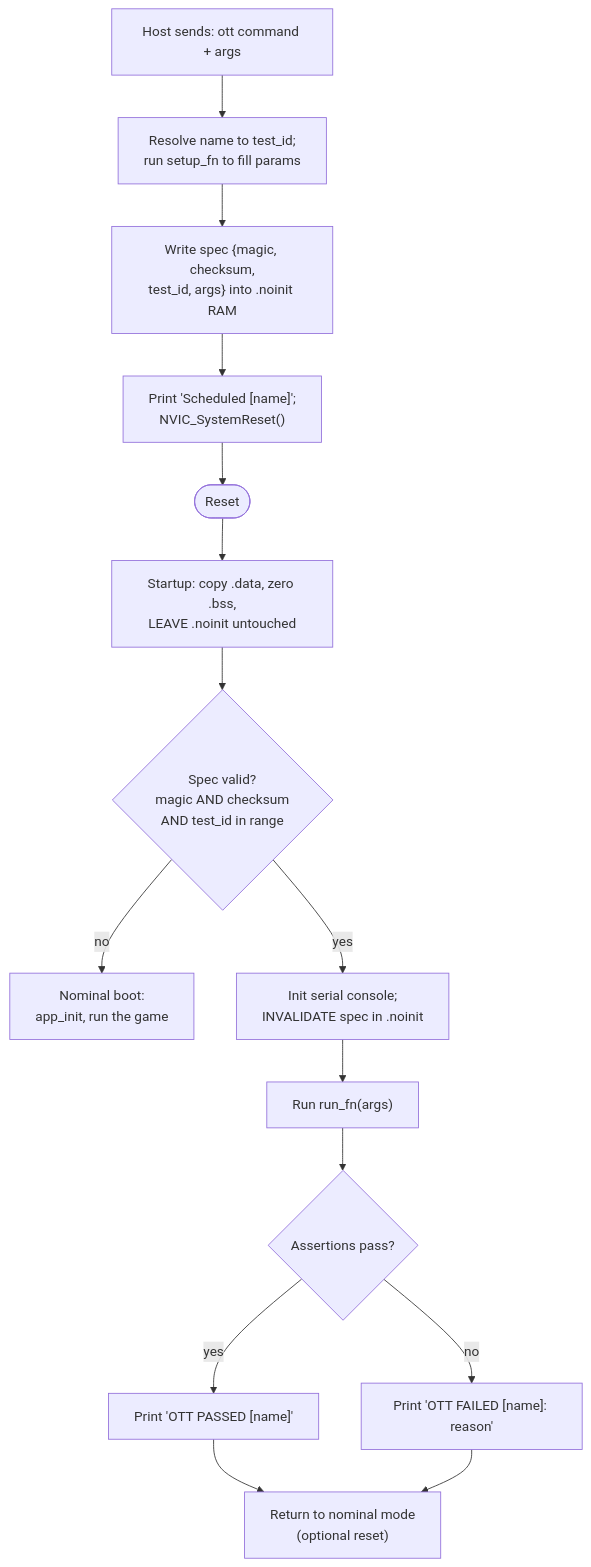
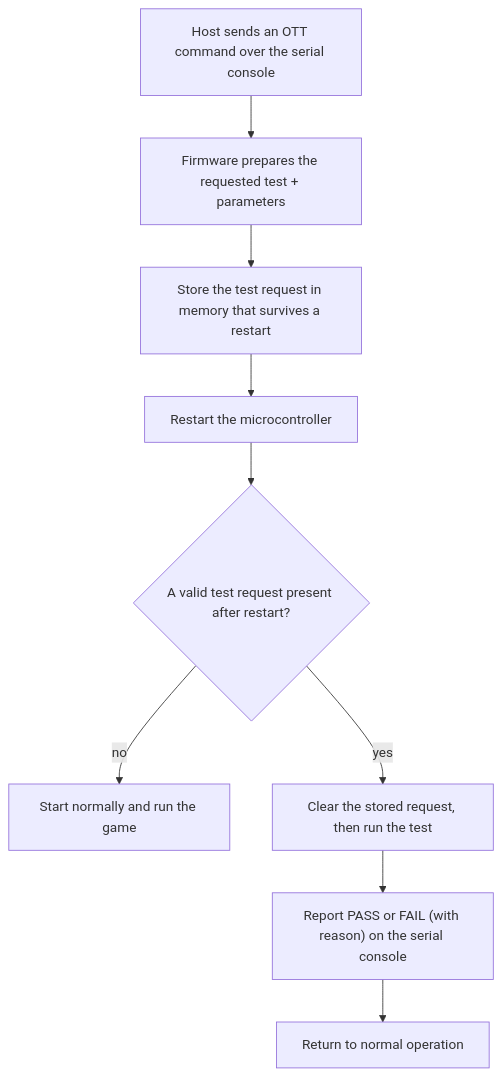
Before and after one commit to MaxLell/MicroPacControllerMan: the third of 3 diagrams in Docu/PrePlanning/03-Architecture.md, drawn with Mermaid. The commit also changed other lines of this file and 4 other files, not shown here.

First line of the commit message:
Raise docs to functional-spec altitude; add modules, block diagrams, reqs

````diff
--- a/Docu/PrePlanning/03-Architecture.md
+++ b/Docu/PrePlanning/03-Architecture.md
@@ -199,17 +173,11 @@
 ```mermaid
 flowchart TD
-    A["Host sends: ott command + args"] --> B["Resolve name to test_id;<br/>run setup_fn to fill params"]
-    B --> C["Write spec {magic, checksum,<br/>test_id, args} into .noinit RAM"]
-    C --> D["Print 'Scheduled [name]';<br/>NVIC_SystemReset()"]
-    D --> E([Reset])
-    E --> F["Startup: copy .data, zero .bss,<br/>LEAVE .noinit untouched"]
-    F --> G{"Spec valid?<br/>magic AND checksum<br/>AND test_id in range"}
-    G -->|no| H["Nominal boot:<br/>app_init, run the game"]
-    G -->|yes| I["Init serial console;<br/>INVALIDATE spec in .noinit"]
-    I --> J["Run run_fn(args)"]
-    J --> K{"Assertions pass?"}
-    K -->|yes| L["Print 'OTT PASSED [name]'"]
-    K -->|no| M["Print 'OTT FAILED [name]: reason'"]
-    L --> N["Return to nominal mode<br/>(optional reset)"]
-    M --> N
+    A["Host sends an OTT command over the serial console"] --> B["Firmware prepares the requested test + parameters"]
+    B --> C["Store the test request in memory that survives a restart"]
+    C --> D["Restart the microcontroller"]
+    D --> E{"A valid test request present after restart?"}
+    E -->|no| F["Start normally and run the game"]
+    E -->|yes| G["Clear the stored request, then run the test"]
+    G --> H["Report PASS or FAIL (with reason) on the serial console"]
+    H --> I["Return to normal operation"]
 ```
````
